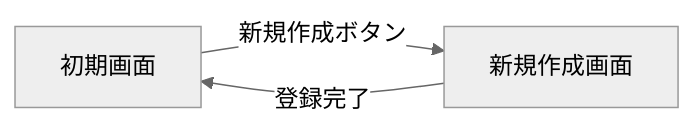
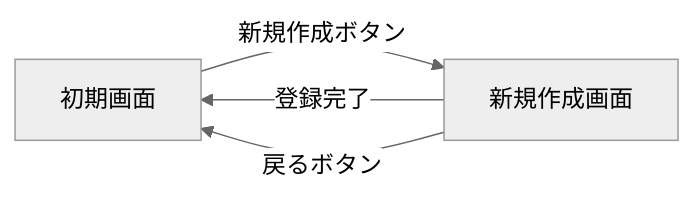
One commit to s19013/laravelVueDockerSample changed the first of 2 diagrams in devmemo/frontend.md. Above: the diagram before and after it, drawn with Mermaid (neutral theme). The commit also changed other lines of this file, not shown here.

````diff
--- a/devmemo/frontend.md
+++ b/devmemo/frontend.md
@@ -5,8 +10,9 @@
 ```mermaid
 flowchart LR
 
 index[初期画面] -->| 新規作成ボタン | create[新規作成画面]
 create--> | 登録完了 | index
+create--> | 戻るボタン | index
 
 
 ```
````
